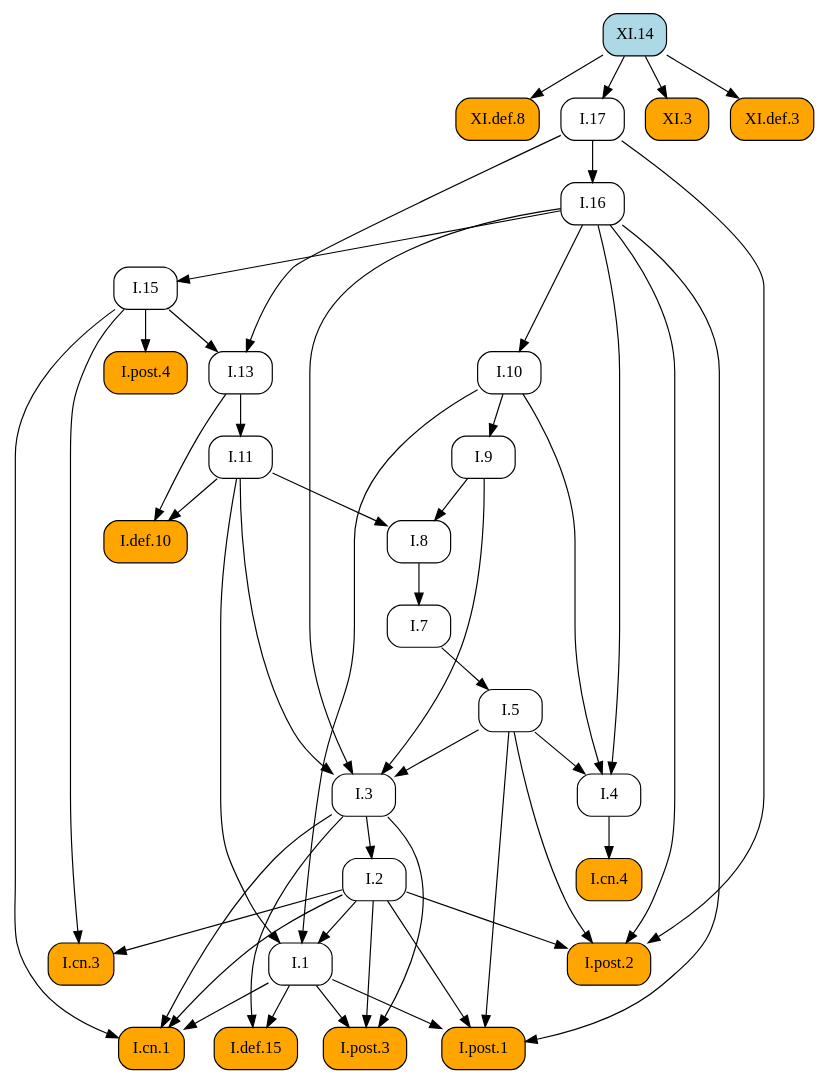
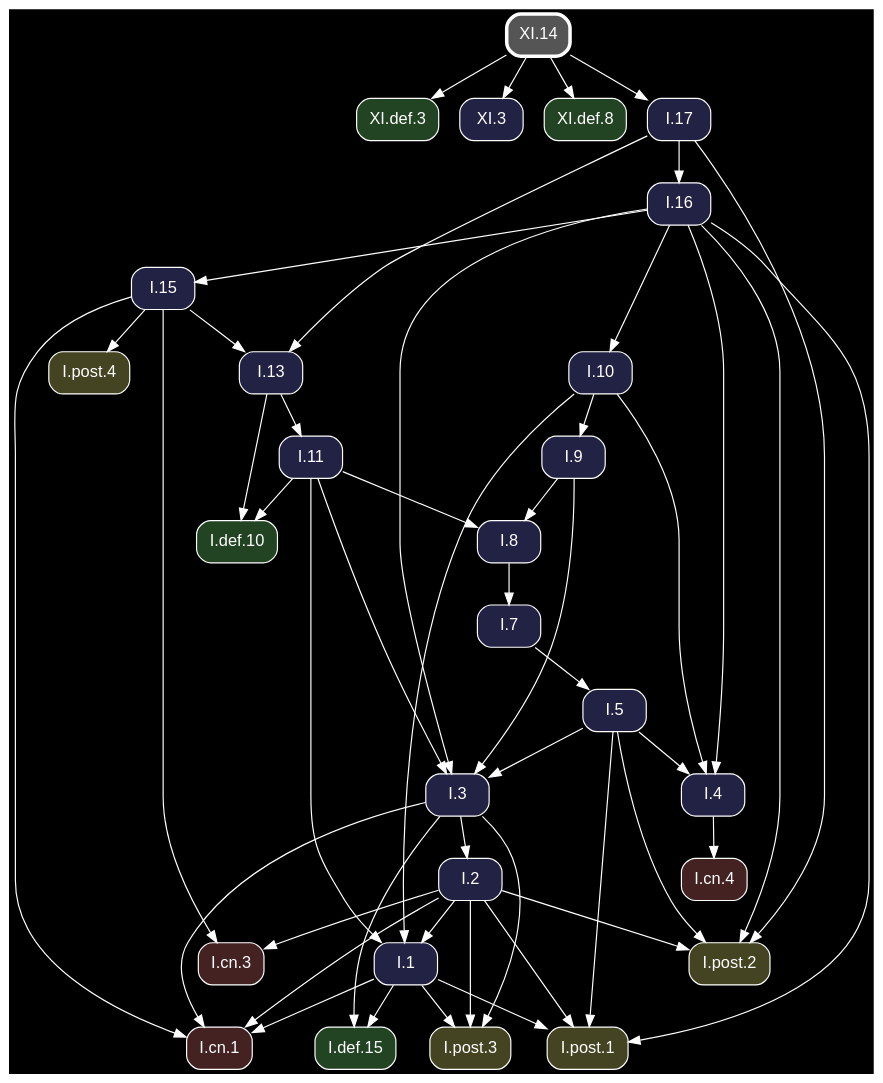
The diagram in docsrc/heath/XI/14/index.rst (geometor/elements), drawn with Graphviz before and after one commit. The commit also changed other lines of this file and 1200 other files, not shown here.

Commit message:
update dependency graphs

```diff
--- a/docsrc/heath/XI/14/index.rst
+++ b/docsrc/heath/XI/14/index.rst
@@ -41,82 +41,84 @@
 .. graphviz::
 
    digraph {
+     bgcolor="black";
+     node [shape=box, style="rounded,filled", fontname="Helvetica", color="white", fontcolor="white"];
+     edge [color="white", fontcolor="white"];
      rankdir="TB";
-     node [shape=box, style=rounded];
-     "I.9" [URL="/heath/I/9/", target="_top"];
-     "I.cn.1" [style="rounded,filled", fillcolor=orange, URL="/heath/I/cn.1/", target="_top"];
-     "I.7" [URL="/heath/I/7/", target="_top"];
-     "I.2" [URL="/heath/I/2/", target="_top"];
-     "I.def.15" [style="rounded,filled", fillcolor=orange, URL="/heath/I/def.15/", target="_top"];
-     "XI.def.8" [style="rounded,filled", fillcolor=orange, URL="/heath/XI/def.8/", target="_top"];
-     "I.13" [URL="/heath/I/13/", target="_top"];
-     "I.post.4" [style="rounded,filled", fillcolor=orange, URL="/heath/I/post.4/", target="_top"];
-     "I.4" [URL="/heath/I/4/", target="_top"];
-     "I.1" [URL="/heath/I/1/", target="_top"];
-     "I.post.3" [style="rounded,filled", fillcolor=orange, URL="/heath/I/post.3/", target="_top"];
-     "I.post.1" [style="rounded,filled", fillcolor=orange, URL="/heath/I/post.1/", target="_top"];
-     "I.5" [URL="/heath/I/5/", target="_top"];
-     "I.8" [URL="/heath/I/8/", target="_top"];
-     "I.17" [URL="/heath/I/17/", target="_top"];
-     "XI.3" [style="rounded,filled", fillcolor=orange, URL="/heath/XI/3/", target="_top"];
-     "I.cn.3" [style="rounded,filled", fillcolor=orange, URL="/heath/I/cn.3/", target="_top"];
-     "XI.14" [style="rounded,filled", fillcolor=lightblue, URL="/heath/XI/14/", target="_top"];
-     "I.16" [URL="/heath/I/16/", target="_top"];
-     "I.def.10" [style="rounded,filled", fillcolor=orange, URL="/heath/I/def.10/", target="_top"];
-     "I.15" [URL="/heath/I/15/", target="_top"];
-     "XI.def.3" [style="rounded,filled", fillcolor=orange, URL="/heath/XI/def.3/", target="_top"];
-     "I.10" [URL="/heath/I/10/", target="_top"];
-     "I.11" [URL="/heath/I/11/", target="_top"];
-     "I.cn.4" [style="rounded,filled", fillcolor=orange, URL="/heath/I/cn.4/", target="_top"];
-     "I.post.2" [style="rounded,filled", fillcolor=orange, URL="/heath/I/post.2/", target="_top"];
-     "I.3" [URL="/heath/I/3/", target="_top"];
-     "I.10" -> "I.9";
+     "I.3" [fillcolor="#222244", URL="/heath/I/3/", target="_top"];
+     "I.post.1" [fillcolor="#444422", URL="/heath/I/post.1/", target="_top"];
+     "I.cn.1" [fillcolor="#442222", URL="/heath/I/cn.1/", target="_top"];
+     "XI.def.3" [fillcolor="#224422", URL="/heath/XI/def.3/", target="_top"];
+     "I.def.10" [fillcolor="#224422", URL="/heath/I/def.10/", target="_top"];
+     "I.15" [fillcolor="#222244", URL="/heath/I/15/", target="_top"];
+     "I.11" [fillcolor="#222244", URL="/heath/I/11/", target="_top"];
+     "I.16" [fillcolor="#222244", URL="/heath/I/16/", target="_top"];
+     "I.cn.3" [fillcolor="#442222", URL="/heath/I/cn.3/", target="_top"];
+     "I.13" [fillcolor="#222244", URL="/heath/I/13/", target="_top"];
+     "I.2" [fillcolor="#222244", URL="/heath/I/2/", target="_top"];
+     "XI.3" [fillcolor="#222244", URL="/heath/XI/3/", target="_top"];
+     "I.post.2" [fillcolor="#444422", URL="/heath/I/post.2/", target="_top"];
+     "I.cn.4" [fillcolor="#442222", URL="/heath/I/cn.4/", target="_top"];
+     "I.9" [fillcolor="#222244", URL="/heath/I/9/", target="_top"];
+     "I.1" [fillcolor="#222244", URL="/heath/I/1/", target="_top"];
+     "I.post.4" [fillcolor="#444422", URL="/heath/I/post.4/", target="_top"];
+     "I.8" [fillcolor="#222244", URL="/heath/I/8/", target="_top"];
+     "I.4" [fillcolor="#222244", URL="/heath/I/4/", target="_top"];
+     "I.post.3" [fillcolor="#444422", URL="/heath/I/post.3/", target="_top"];
+     "XI.def.8" [fillcolor="#224422", URL="/heath/XI/def.8/", target="_top"];
+     "XI.14" [penwidth=3, color="white", fillcolor="#555555", URL="/heath/XI/14/", target="_top"];
+     "I.7" [fillcolor="#222244", URL="/heath/I/7/", target="_top"];
+     "I.def.15" [fillcolor="#224422", URL="/heath/I/def.15/", target="_top"];
+     "I.5" [fillcolor="#222244", URL="/heath/I/5/", target="_top"];
+     "I.17" [fillcolor="#222244", URL="/heath/I/17/", target="_top"];
+     "I.10" [fillcolor="#222244", URL="/heath/I/10/", target="_top"];
+     "I.5" -> "I.3";
+     "I.9" -> "I.3";
+     "I.11" -> "I.3";
+     "I.16" -> "I.3";
+     "I.1" -> "I.post.1";
+     "I.2" -> "I.post.1";
+     "I.5" -> "I.post.1";
+     "I.16" -> "I.post.1";
      "I.1" -> "I.cn.1";
      "I.2" -> "I.cn.1";
      "I.3" -> "I.cn.1";
      "I.15" -> "I.cn.1";
-     "I.8" -> "I.7";
-     "I.3" -> "I.2";
-     "I.1" -> "I.def.15";
-     "I.3" -> "I.def.15";
-     "XI.14" -> "XI.def.8";
-     "I.15" -> "I.13";
-     "I.17" -> "I.13";
-     "I.15" -> "I.post.4";
-     "I.5" -> "I.4";
-     "I.10" -> "I.4";
-     "I.16" -> "I.4";
-     "I.2" -> "I.1";
-     "I.10" -> "I.1";
-     "I.11" -> "I.1";
-     "I.1" -> "I.post.3";
-     "I.2" -> "I.post.3";
-     "I.3" -> "I.post.3";
-     "I.1" -> "I.post.1";
-     "I.2" -> "I.post.1";
-     "I.5" -> "I.post.1";
-     "I.16" -> "I.post.1";
-     "I.7" -> "I.5";
-     "I.9" -> "I.8";
-     "I.11" -> "I.8";
-     "XI.14" -> "I.17";
-     "XI.14" -> "XI.3";
-     "I.2" -> "I.cn.3";
-     "I.15" -> "I.cn.3";
-     "I.17" -> "I.16";
+     "XI.14" -> "XI.def.3";
      "I.11" -> "I.def.10";
      "I.13" -> "I.def.10";
      "I.16" -> "I.15";
-     "XI.14" -> "XI.def.3";
-     "I.16" -> "I.10";
      "I.13" -> "I.11";
-     "I.4" -> "I.cn.4";
+     "I.17" -> "I.16";
+     "I.2" -> "I.cn.3";
+     "I.15" -> "I.cn.3";
+     "I.15" -> "I.13";
+     "I.17" -> "I.13";
+     "I.3" -> "I.2";
+     "XI.14" -> "XI.3";
      "I.2" -> "I.post.2";
      "I.5" -> "I.post.2";
      "I.16" -> "I.post.2";
      "I.17" -> "I.post.2";
-     "I.5" -> "I.3";
-     "I.9" -> "I.3";
-     "I.11" -> "I.3";
-     "I.16" -> "I.3";
+     "I.4" -> "I.cn.4";
+     "I.10" -> "I.9";
+     "I.2" -> "I.1";
+     "I.10" -> "I.1";
+     "I.11" -> "I.1";
+     "I.15" -> "I.post.4";
+     "I.9" -> "I.8";
+     "I.11" -> "I.8";
+     "I.5" -> "I.4";
+     "I.10" -> "I.4";
+     "I.16" -> "I.4";
+     "I.1" -> "I.post.3";
+     "I.2" -> "I.post.3";
+     "I.3" -> "I.post.3";
+     "XI.14" -> "XI.def.8";
+     "I.8" -> "I.7";
+     "I.1" -> "I.def.15";
+     "I.3" -> "I.def.15";
+     "I.7" -> "I.5";
+     "XI.14" -> "I.17";
+     "I.16" -> "I.10";
    }
```
